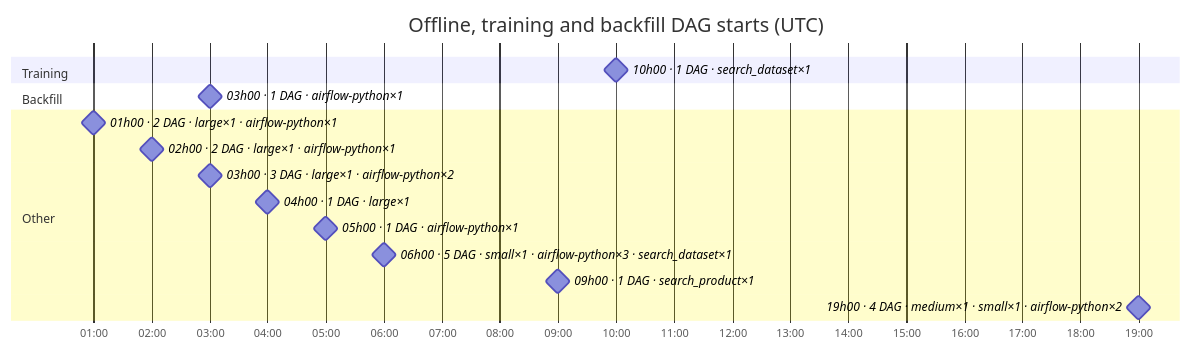
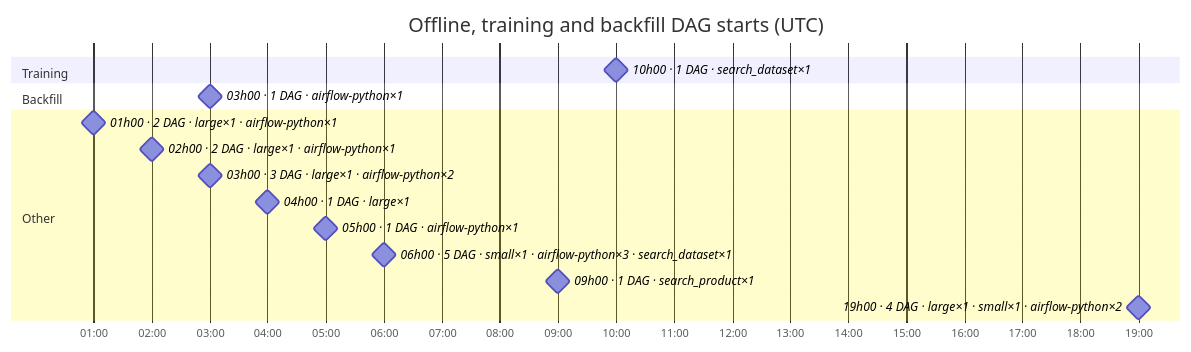
One commit to DayMarket/ml-feature-platform changed the sixth of 7 diagrams in docs/feature_platform_map.md. Above: the diagram before and after it, drawn with Mermaid. The commit also changed other lines of this file and 2 other files, not shown here.

Commit message:
perf: use large profile for S5

````diff
--- a/docs/feature_platform_map.md
+++ b/docs/feature_platform_map.md
@@ -263,20 +263,20 @@
 ```mermaid
 gantt
     title Offline, training and backfill DAG starts (UTC)
     dateFormat HH:mm
     axisFormat %H:%M
     tickInterval 1hour
     section Training
     10h00 · 1 DAG · search_dataset×1 :milestone, s0_0600, 10:00, 0m
     section Backfill
     03h00 · 1 DAG · airflow-python×1 :milestone, s1_0180, 03:00, 0m
     section Other
     01h00 · 2 DAG · large×1 · airflow-python×1 :milestone, s2_0060, 01:00, 0m
     02h00 · 2 DAG · large×1 · airflow-python×1 :milestone, s2_0120, 02:00, 0m
     03h00 · 3 DAG · large×1 · airflow-python×2 :milestone, s2_0180, 03:00, 0m
     04h00 · 1 DAG · large×1 :milestone, s2_0240, 04:00, 0m
     05h00 · 1 DAG · airflow-python×1 :milestone, s2_0300, 05:00, 0m
     06h00 · 5 DAG · small×1 · airflow-python×3 · search_dataset×1 :milestone, s2_0360, 06:00, 0m
     09h00 · 1 DAG · search_product×1 :milestone, s2_0540, 09:00, 0m
-    19h00 · 4 DAG · medium×1 · small×1 · airflow-python×2 :milestone, s2_1140, 19:00, 0m
+    19h00 · 4 DAG · large×1 · small×1 · airflow-python×2 :milestone, s2_1140, 19:00, 0m
 ```
````
